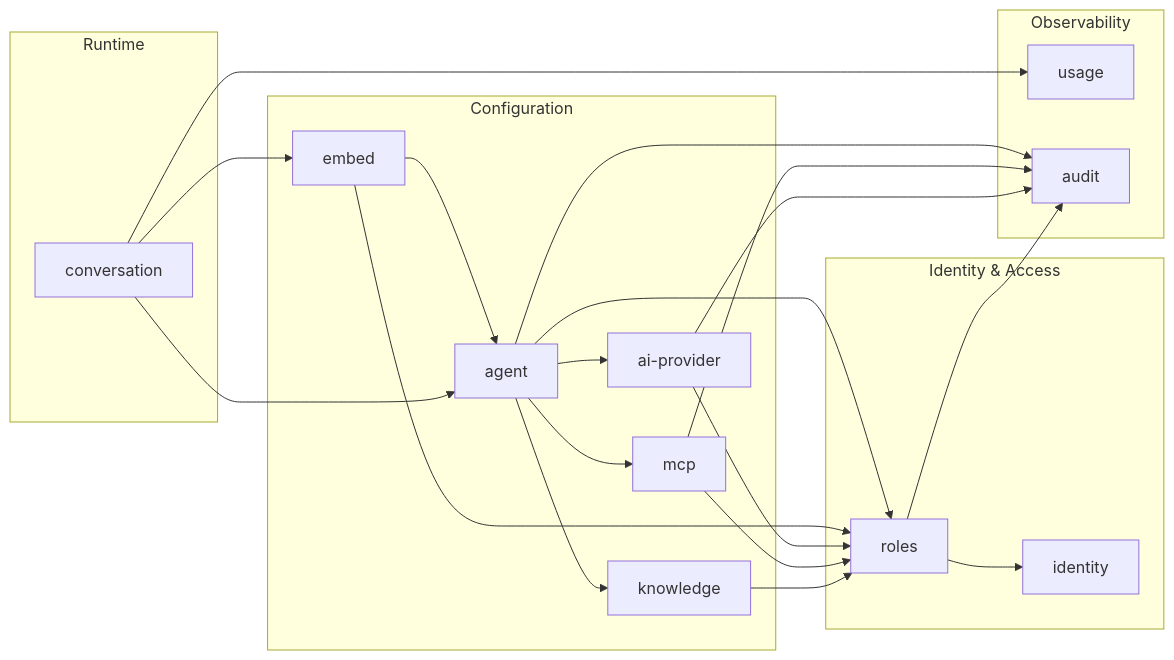
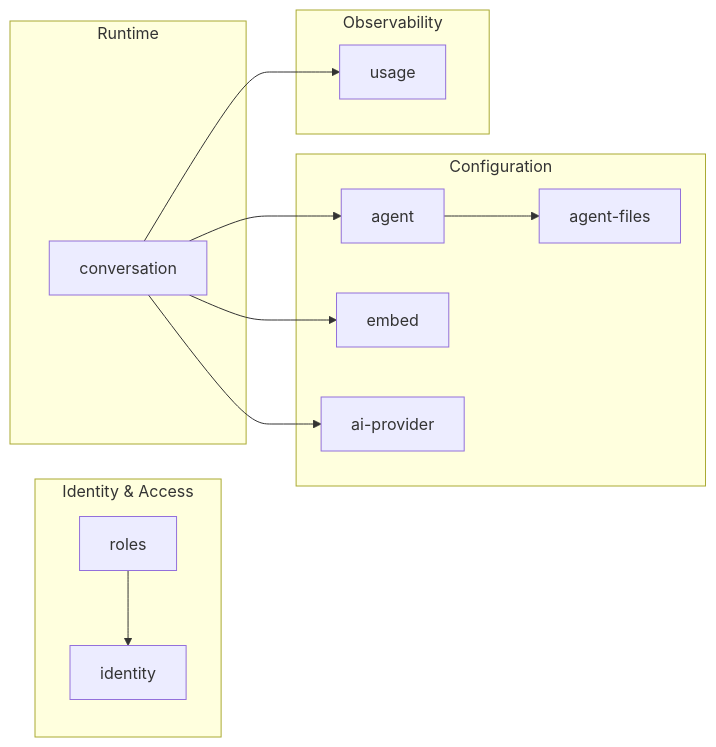
Before and after one commit to Talqo/talqo: the diagram in docs/architecture/module-diagram.md, drawn with Mermaid. The commit also changed other lines of this file and 2 other files, not shown here.

Commit message:
docs: align the module model with the implementation
Restore the implemented conversation -> ai-provider edge, drop the
modules and relations that do not exist, and record the conversation
acceptance transaction's read/lock of EMBED as a documented exception
with its orchestration owner.

````diff
--- a/docs/architecture/module-diagram.md
+++ b/docs/architecture/module-diagram.md
@@ -9,45 +9,30 @@
 ```mermaid
 graph LR
     subgraph "Identity & Access"
         identity[identity]
         roles[roles]
     end
 
     subgraph "Configuration"
         agent[agent]
+        agent_files["agent-files"]
         embed[embed]
         ai_provider["ai-provider"]
-        mcp[mcp]
-        knowledge[knowledge]
     end
 
     subgraph "Runtime"
         conversation[conversation]
     end
 
     subgraph "Observability"
         usage[usage]
-        audit[audit]
     end
 
     roles --> identity
-
-    agent --> roles
-    agent --> ai_provider
-    agent --> mcp
-    agent --> knowledge
-    embed --> agent
-    embed --> roles
-    ai_provider --> roles
-    mcp --> roles
-    knowledge --> roles
+    agent --> agent_files
 
     conversation --> embed
     conversation --> agent
+    conversation --> ai_provider
     conversation --> usage
-
-    roles --> audit
-    agent --> audit
-    mcp --> audit
-    ai_provider --> audit
 ```
````
